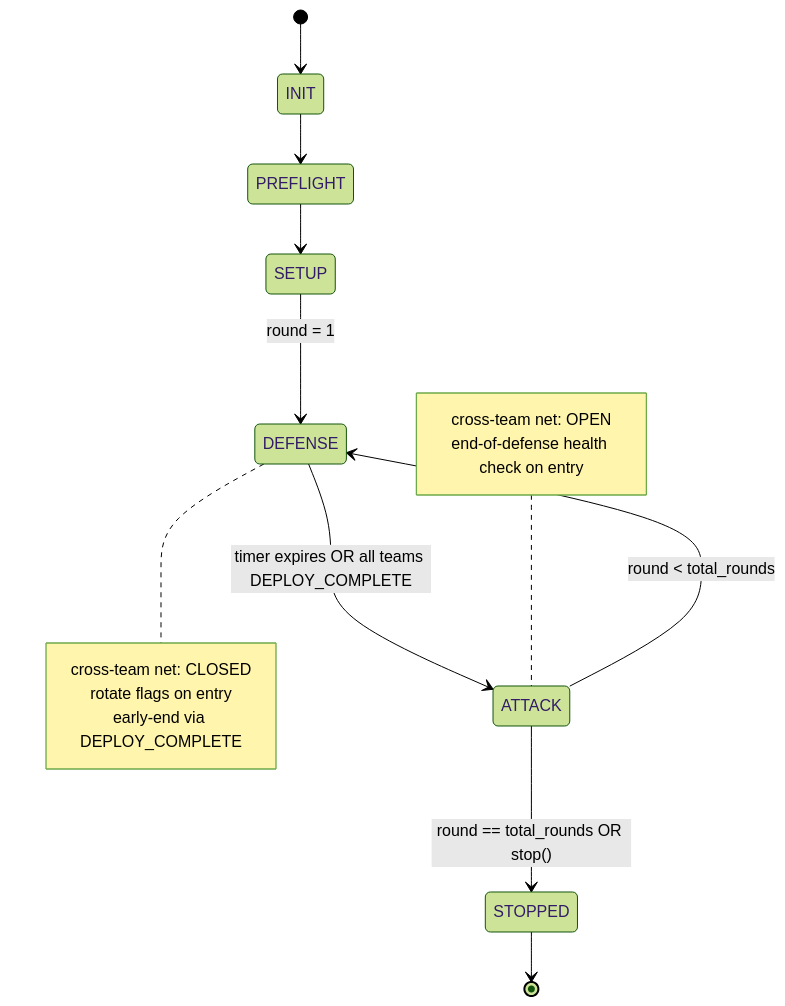
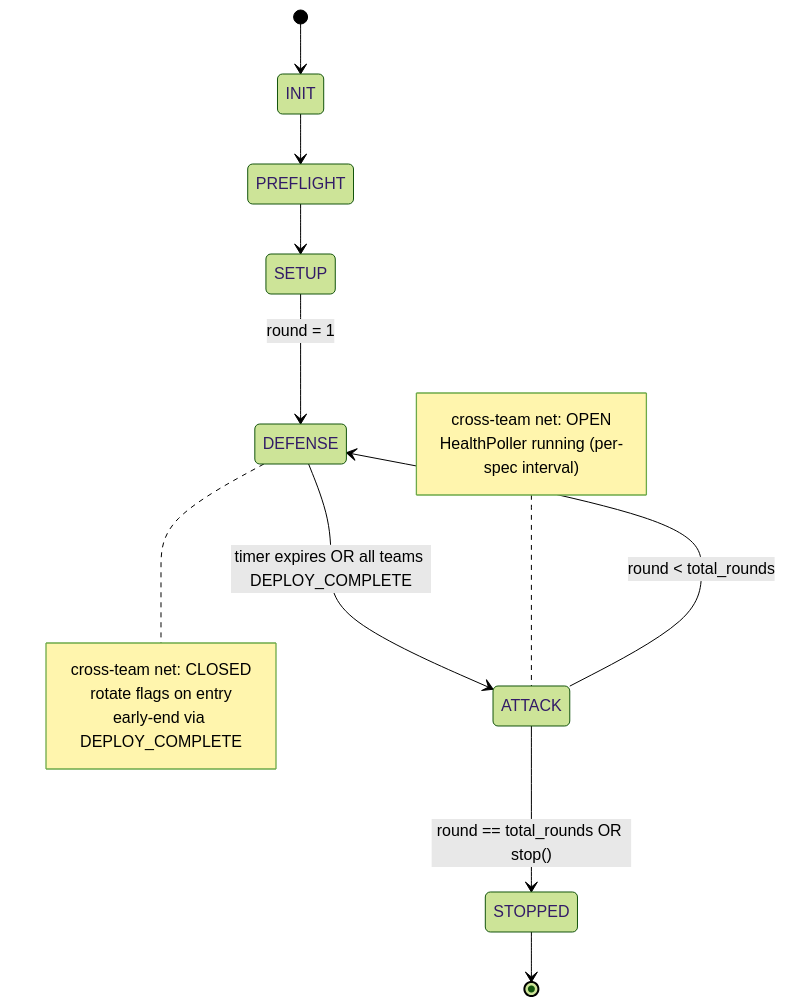
Before and after one commit to YueyangPan/CyberArenaOrchestration: the second of 3 diagrams in docs/UML/game_manager.md, drawn with Mermaid (forest theme). The commit also changed other lines of this file and 45 other files, not shown here.

First line of the commit message:
refactor(facilities): extract Timeline / FlagServer / HealthPoller from GameMgr

````diff
--- a/docs/UML/game_manager.md
+++ b/docs/UML/game_manager.md
@@ -129,20 +145,20 @@
 ```mermaid
 stateDiagram-v2
   [*] --> INIT
   INIT --> PREFLIGHT
   PREFLIGHT --> SETUP
   SETUP --> DEFENSE : round = 1
   DEFENSE --> ATTACK : timer expires OR all teams DEPLOY_COMPLETE
   ATTACK --> DEFENSE : round < total_rounds
   ATTACK --> STOPPED : round == total_rounds OR stop()
   STOPPED --> [*]
   note right of DEFENSE
     cross-team net: CLOSED
     rotate flags on entry
     early-end via DEPLOY_COMPLETE
   end note
   note left of ATTACK
     cross-team net: OPEN
-    end-of-defense health check on entry
+    HealthPoller running (per-spec interval)
   end note
 ```
````
